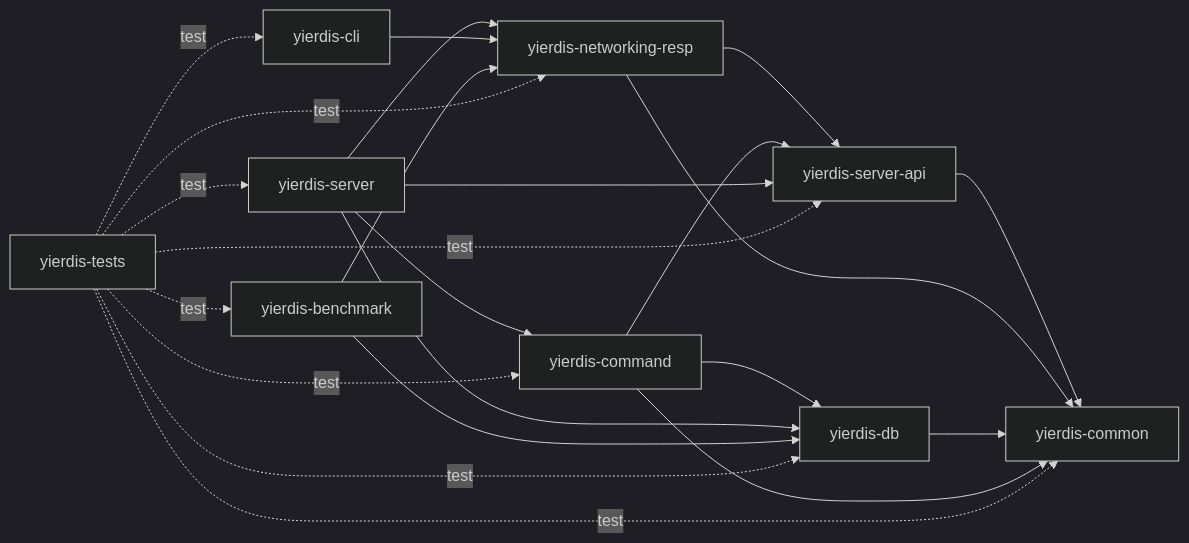
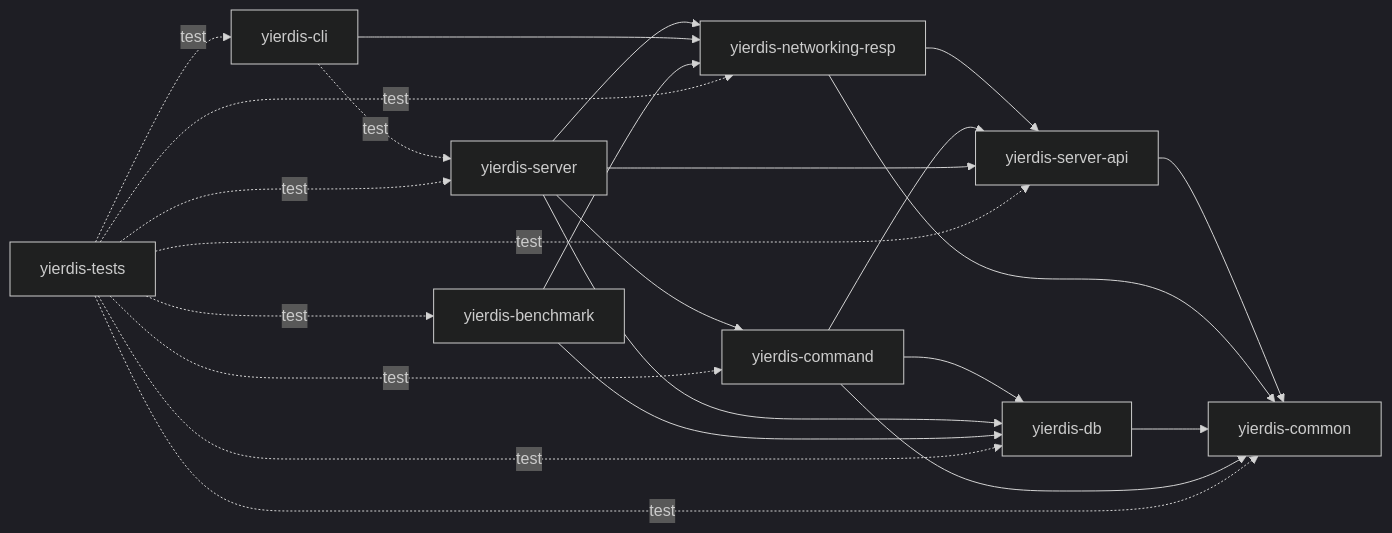
Before and after one commit to skt-shinyruo/Yierdis: the diagram in docs/project-docs/module-architecture.md, drawn with Mermaid (dark theme). The commit also changed other lines of this file and 27 other files, not shown here.

````diff
--- a/docs/project-docs/module-architecture.md
+++ b/docs/project-docs/module-architecture.md
@@ -9,36 +9,37 @@
 ```mermaid
 flowchart LR
   common["yierdis-common"]
   resp["yierdis-networking-resp"]
   serverApi["yierdis-server-api"]
   server["yierdis-server"]
   command["yierdis-command"]
   db["yierdis-db"]
   cli["yierdis-cli"]
   benchmark["yierdis-benchmark"]
   tests["yierdis-tests"]
 
   serverApi --> common
   resp --> common
   resp --> serverApi
   db --> common
   command --> common
   command --> serverApi
   command --> db
   server --> serverApi
   server --> command
   server --> db
   server --> resp
   cli --> resp
   benchmark --> db
   benchmark --> resp
 
+  cli -. test .-> server
   tests -. test .-> benchmark
   tests -. test .-> cli
   tests -. test .-> common
   tests -. test .-> serverApi
   tests -. test .-> server
   tests -. test .-> command
   tests -. test .-> db
   tests -. test .-> resp
 ```
````
